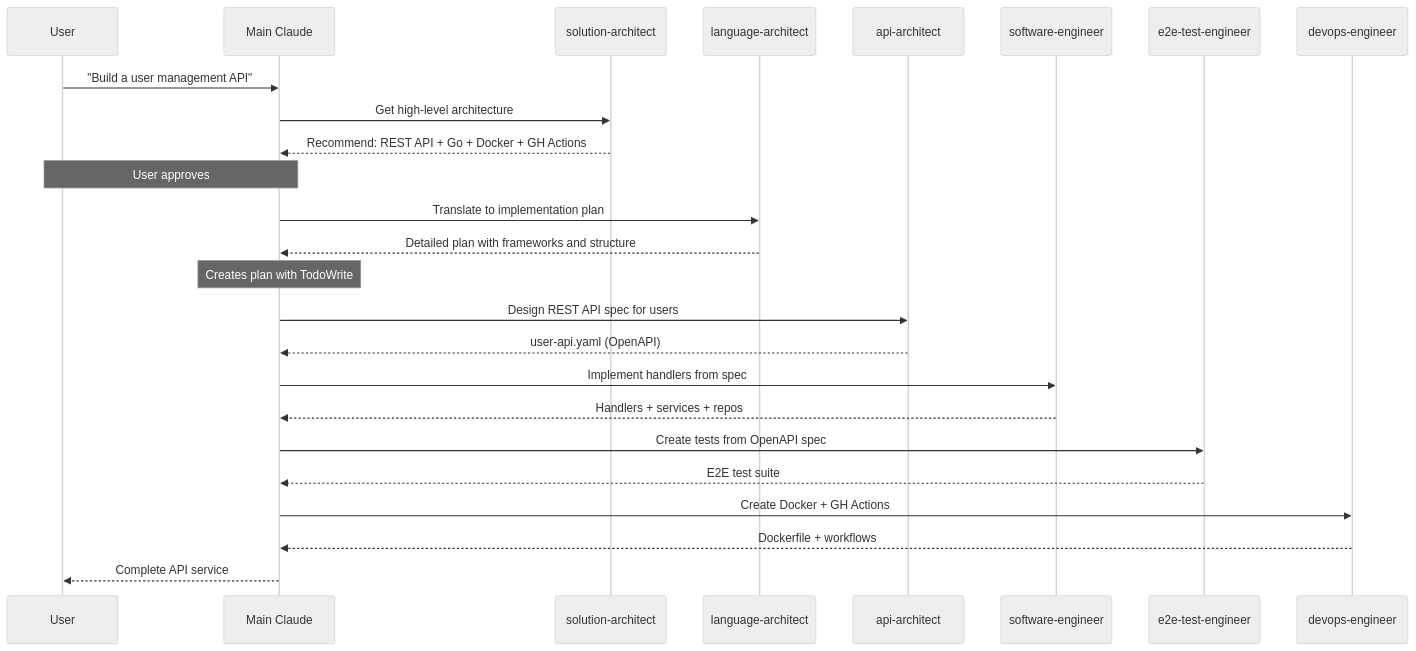
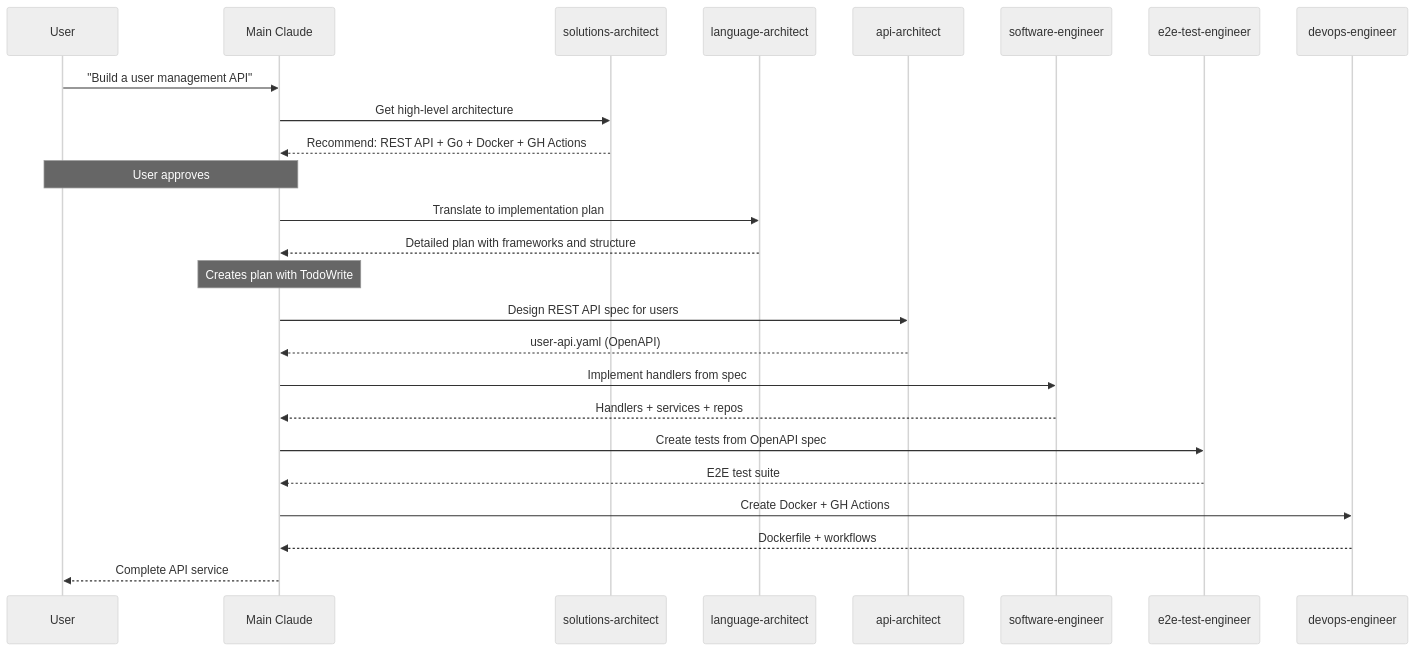
The third of 10 diagrams in agents/ABOUT-THE-AGENTS.md (twistingmercury/claude-code-setup), drawn with Mermaid (neutral theme) before and after one commit. The commit also changed other lines of this file and 16 other files, not shown here.

````diff
--- a/agents/ABOUT-THE-AGENTS.md
+++ b/agents/ABOUT-THE-AGENTS.md
@@ -132,37 +132,37 @@
 ```mermaid
 sequenceDiagram
 participant User
 participant Main as Main Claude
-participant SoftArch as solution-architect
+participant SoftArch as solutions-architect
 participant LangArch as language-architect
 participant APIArch as api-architect
 participant Eng as software-engineer
 participant E2E as e2e-test-engineer
 participant DevOps as devops-engineer
 
     User->>Main: "Build a user management API"
     Main->>SoftArch: Get high-level architecture
     SoftArch-->>Main: Recommend: REST API + Go + Docker + GH Actions
 
     Note over User,Main: User approves
 
     Main->>LangArch: Translate to implementation plan
     LangArch-->>Main: Detailed plan with frameworks and structure
 
     Note over Main: Creates plan with TodoWrite
 
     Main->>APIArch: Design REST API spec for users
     APIArch-->>Main: user-api.yaml (OpenAPI)
 
     Main->>Eng: Implement handlers from spec
     Eng-->>Main: Handlers + services + repos
 
     Main->>E2E: Create tests from OpenAPI spec
     E2E-->>Main: E2E test suite
 
     Main->>DevOps: Create Docker + GH Actions
     DevOps-->>Main: Dockerfile + workflows
 
     Main-->>User: Complete API service
 
 ```
````
